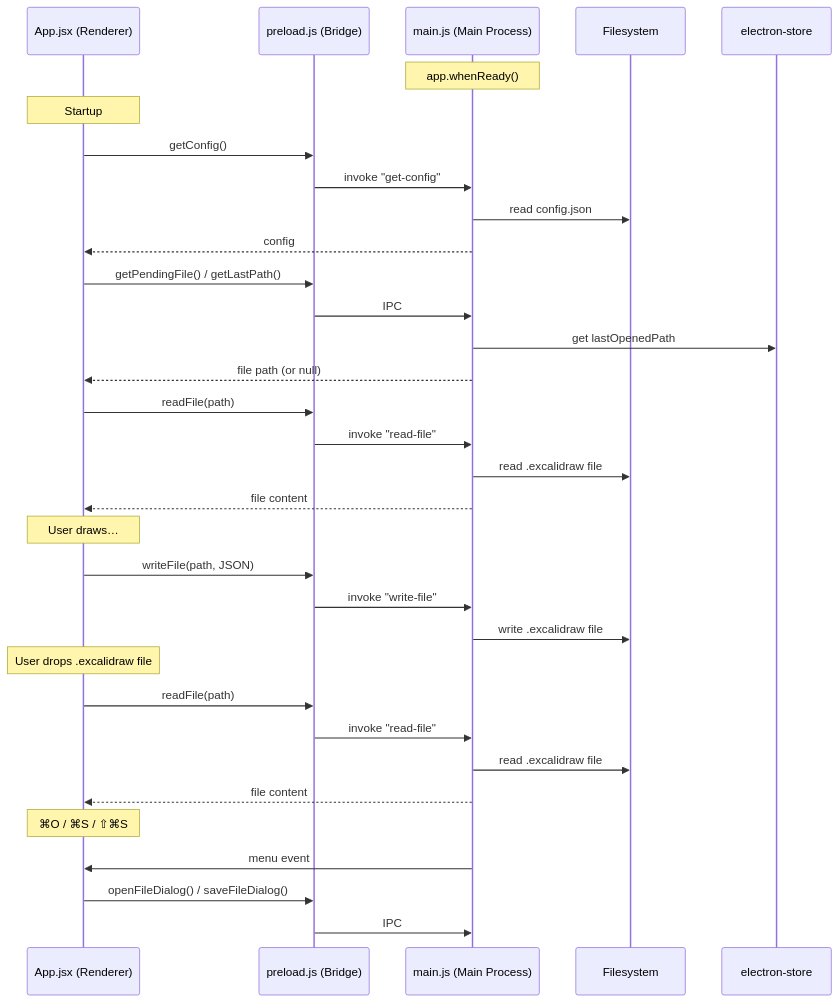
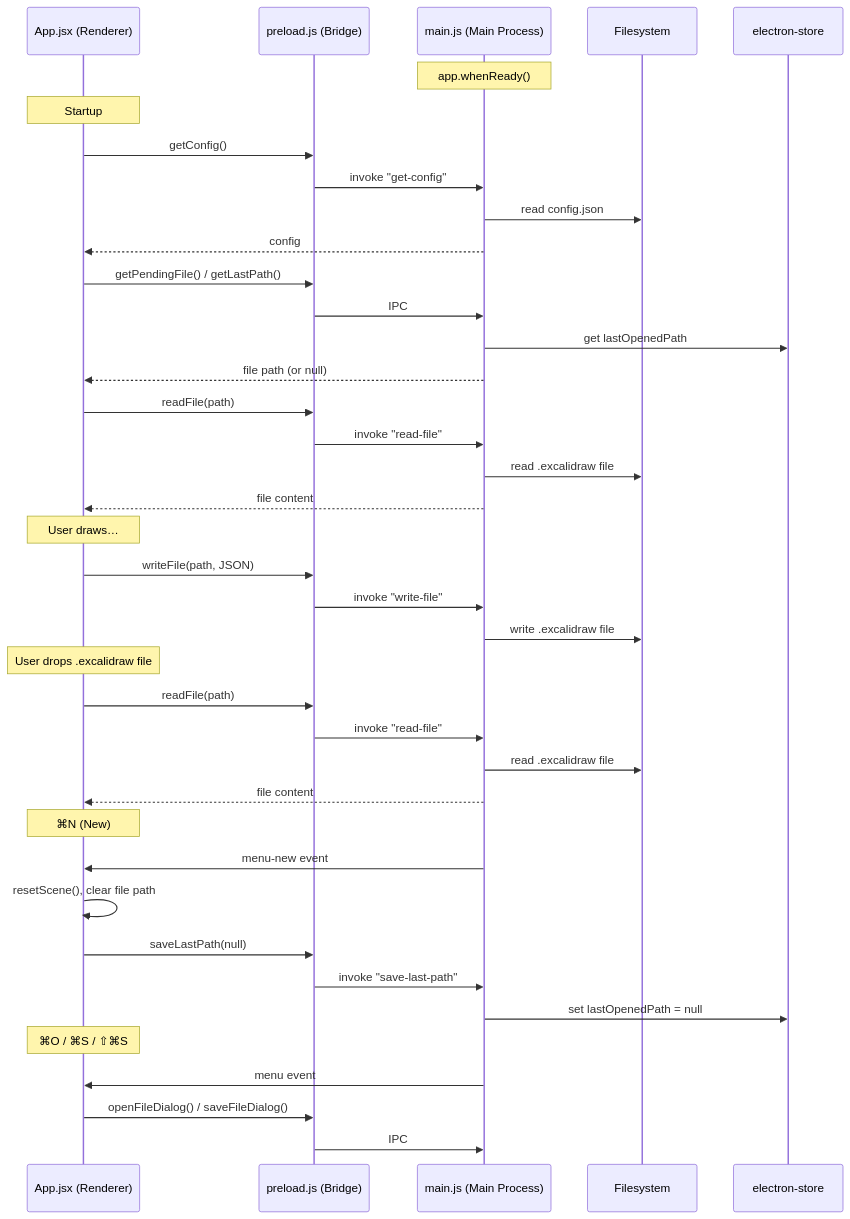
The diagram in README.md (gerkoh/excalidraw-mac), drawn with Mermaid before and after one commit. The commit also changed 3 other files, not shown here.

````diff
--- a/README.md
+++ b/README.md
@@ -7,42 +7,49 @@
 ```mermaid
 sequenceDiagram
     participant App as App.jsx (Renderer)
     participant Preload as preload.js (Bridge)
     participant Main as main.js (Main Process)
     participant FS as Filesystem
     participant Store as electron-store
 
     Note over Main: app.whenReady()
 
     Note over App: Startup
     App->>Preload: getConfig()
     Preload->>Main: invoke "get-config"
     Main->>FS: read config.json
     Main-->>App: config
 
     App->>Preload: getPendingFile() / getLastPath()
     Preload->>Main: IPC
     Main->>Store: get lastOpenedPath
     Main-->>App: file path (or null)
 
     App->>Preload: readFile(path)
     Preload->>Main: invoke "read-file"
     Main->>FS: read .excalidraw file
     Main-->>App: file content
 
     Note over App: User draws…
     App->>Preload: writeFile(path, JSON)
     Preload->>Main: invoke "write-file"
     Main->>FS: write .excalidraw file
 
     Note over App: User drops .excalidraw file
     App->>Preload: readFile(path)
     Preload->>Main: invoke "read-file"
     Main->>FS: read .excalidraw file
     Main-->>App: file content
 
+    Note over App: ⌘N (New)
+    Main->>App: menu-new event
+    App->>App: resetScene(), clear file path
+    App->>Preload: saveLastPath(null)
+    Preload->>Main: invoke "save-last-path"
+    Main->>Store: set lastOpenedPath = null
+
     Note over App: ⌘O / ⌘S / ⇧⌘S
     Main->>App: menu event
     App->>Preload: openFileDialog() / saveFileDialog()
     Preload->>Main: IPC
 ```
````
